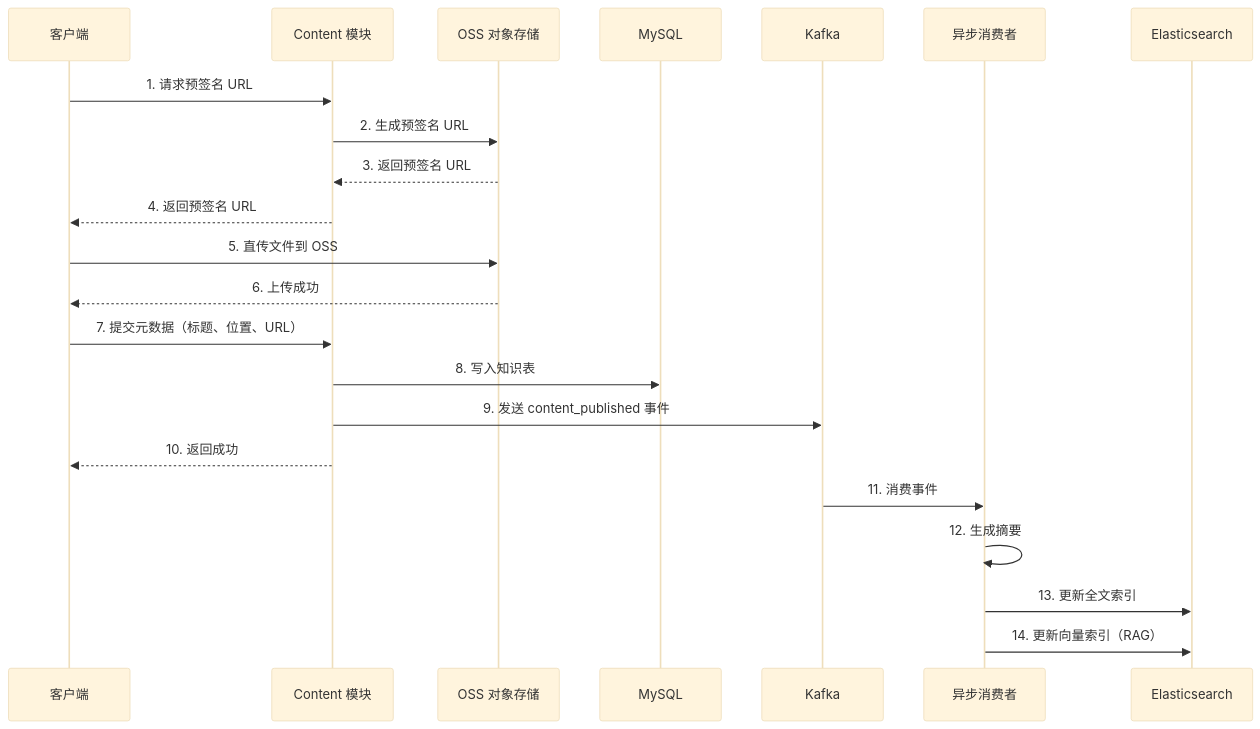
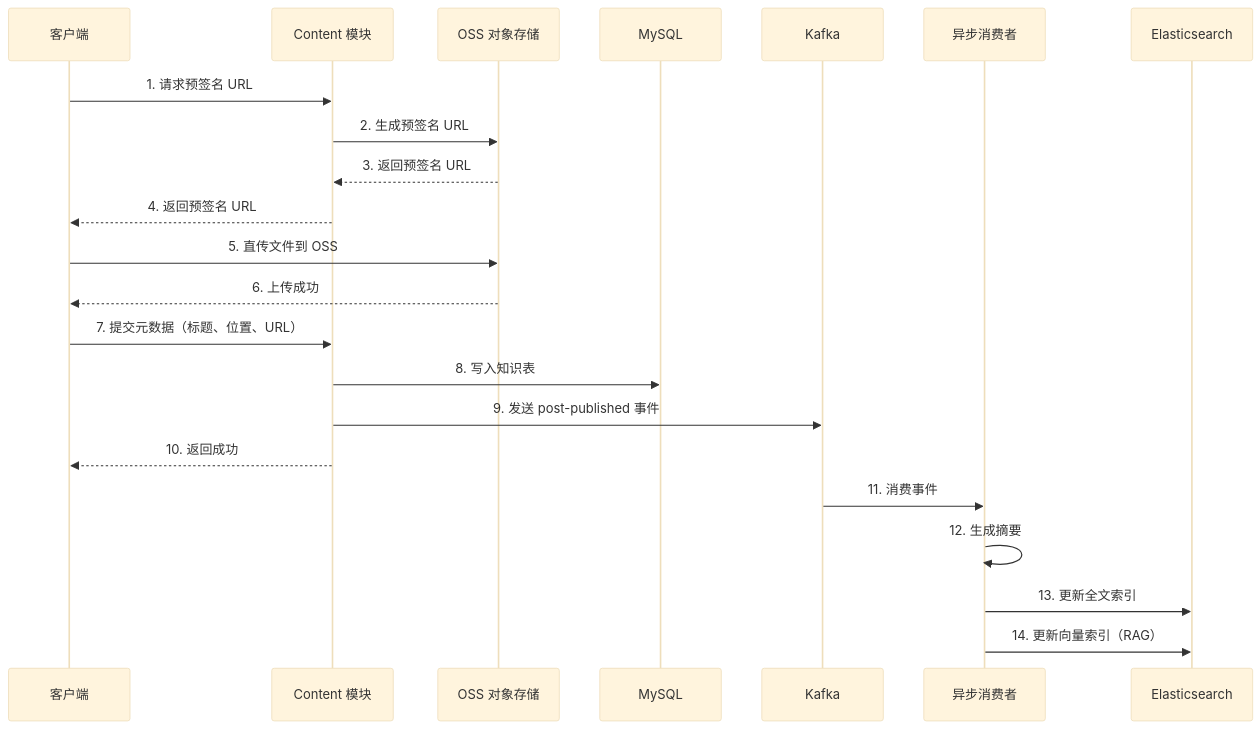
One commit to ZXT-shuaibi/-linzhi changed the third of 5 diagrams in README.md. Above: the diagram before and after it, drawn with Mermaid (base theme). The commit also changed other lines of this file and 14 other files, not shown here.

````diff
--- a/README.md
+++ b/README.md
@@ -547,28 +548,28 @@
 ```mermaid
 sequenceDiagram
     participant Client as 客户端
     participant Content as Content 模块
     participant OSS as OSS 对象存储
     participant MySQL as MySQL
     participant Kafka as Kafka
     participant Consumer as 异步消费者
     participant ES as Elasticsearch
 
     Client->>Content: 1. 请求预签名 URL
     Content->>OSS: 2. 生成预签名 URL
     OSS-->>Content: 3. 返回预签名 URL
     Content-->>Client: 4. 返回预签名 URL
 
     Client->>OSS: 5. 直传文件到 OSS
     OSS-->>Client: 6. 上传成功
 
     Client->>Content: 7. 提交元数据（标题、位置、URL）
     Content->>MySQL: 8. 写入知识表
-    Content->>Kafka: 9. 发送 content_published 事件
+    Content->>Kafka: 9. 发送 post-published 事件
     Content-->>Client: 10. 返回成功
 
     Kafka->>Consumer: 11. 消费事件
     Consumer->>Consumer: 12. 生成摘要
     Consumer->>ES: 13. 更新全文索引
     Consumer->>ES: 14. 更新向量索引（RAG）
 ```
````
